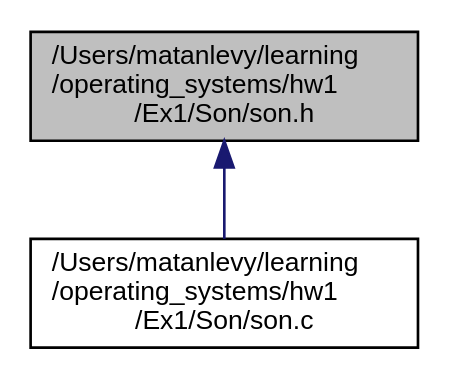
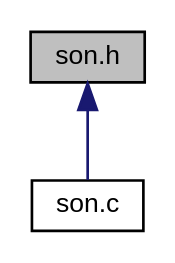
One commit to LevyMatan/ISP_ex1_doc changed the diagram in son_8h__dep__incl.dot. Above: the diagram before and after it, drawn with Graphviz. The commit also changed 81 other files, not shown here.

```diff
--- a/son_8h__dep__incl.dot
+++ b/son_8h__dep__incl.dot
@@ -1,10 +1,10 @@
-digraph "/Users/matanlevy/learning/operating_systems/hw1/Ex1/Son/son.h"
+digraph "son.h"
 {
  // INTERACTIVE_SVG=YES
  // LATEX_PDF_SIZE
   edge [fontname="Helvetica",fontsize="10",labelfontname="Helvetica",labelfontsize="10"];
   node [fontname="Helvetica",fontsize="10",shape=record];
-  Node1 [label="/Users/matanlevy/learning\l/operating_systems/hw1\l/Ex1/Son/son.h",height=0.2,width=0.4,color="black", fillcolor="grey75", style="filled", fontcolor="black",tooltip="Son header file."];
+  Node1 [label="son.h",height=0.2,width=0.4,color="black", fillcolor="grey75", style="filled", fontcolor="black",tooltip="Son header file."];
   Node1 -> Node2 [dir="back",color="midnightblue",fontsize="10",style="solid",fontname="Helvetica"];
-  Node2 [label="/Users/matanlevy/learning\l/operating_systems/hw1\l/Ex1/Son/son.c",height=0.2,width=0.4,color="black", fillcolor="white", style="filled",URL="$son_8c.html",tooltip=" "];
+  Node2 [label="son.c",height=0.2,width=0.4,color="black", fillcolor="white", style="filled",URL="$son_8c.html",tooltip=" "];
 }
```
